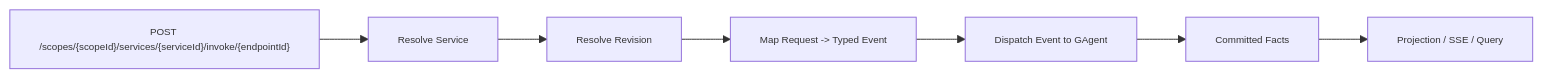
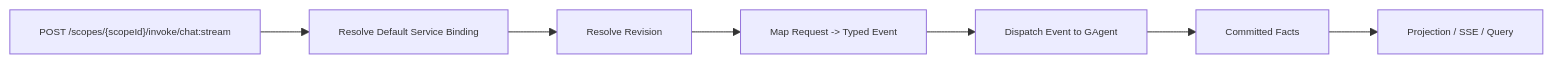
One commit to aevatarAI/aevatar changed the third of 3 diagrams in docs/architecture/2026-03-26-aevatar-user-scoped-service-simplification.md. Above: the diagram before and after it, drawn with Mermaid. The commit also changed other lines of this file and 28 other files, not shown here.

````diff
--- a/docs/architecture/2026-03-26-aevatar-user-scoped-service-simplification.md
+++ b/docs/architecture/2026-03-26-aevatar-user-scoped-service-simplification.md
@@ -208,10 +207,10 @@
 ```mermaid
 %%{init: {"maxTextSize": 100000, "flowchart": {"useMaxWidth": false, "nodeSpacing": 10, "rankSpacing": 50}, "themeVariables": {"fontSize": "10px"}}}%%
 flowchart LR
-  A["POST /scopes/{scopeId}/services/{serviceId}/invoke/{endpointId}"] --> B["Resolve Service"]
+  A["POST /scopes/{scopeId}/invoke/chat:stream"] --> B["Resolve Default Service Binding"]
   B --> C["Resolve Revision"]
   C --> D["Map Request -> Typed Event"]
   D --> E["Dispatch Event to GAgent"]
   E --> F["Committed Facts"]
   F --> G["Projection / SSE / Query"]
 ```
````
